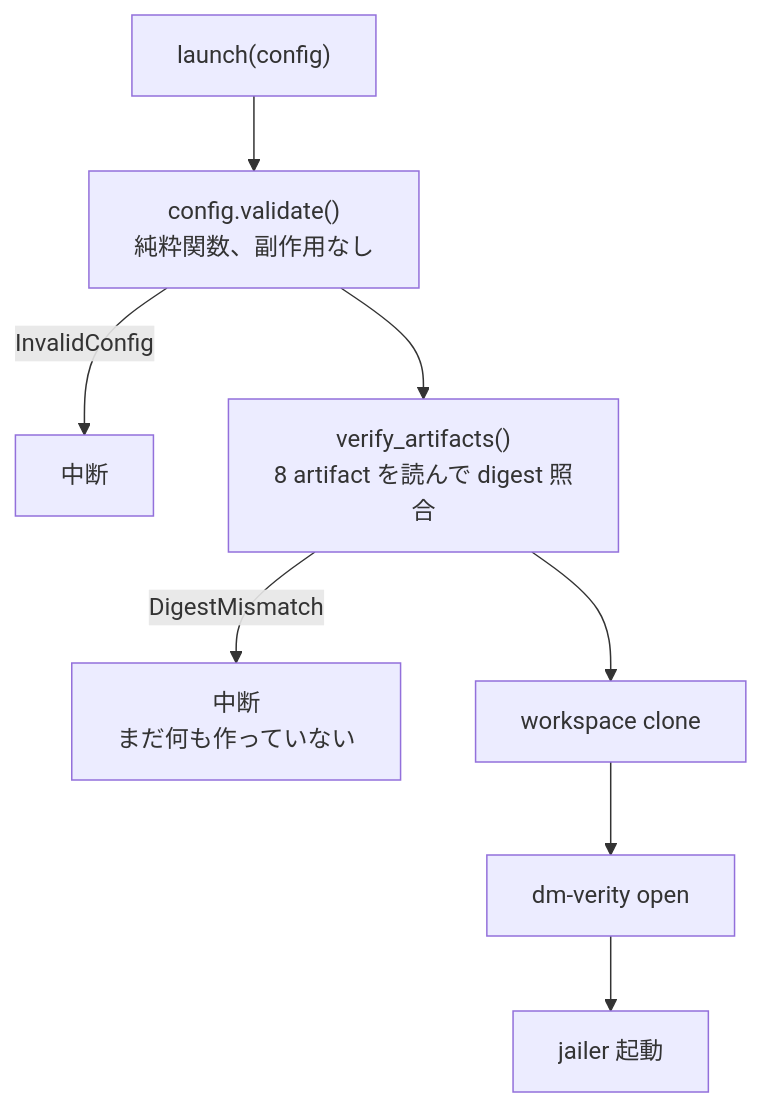
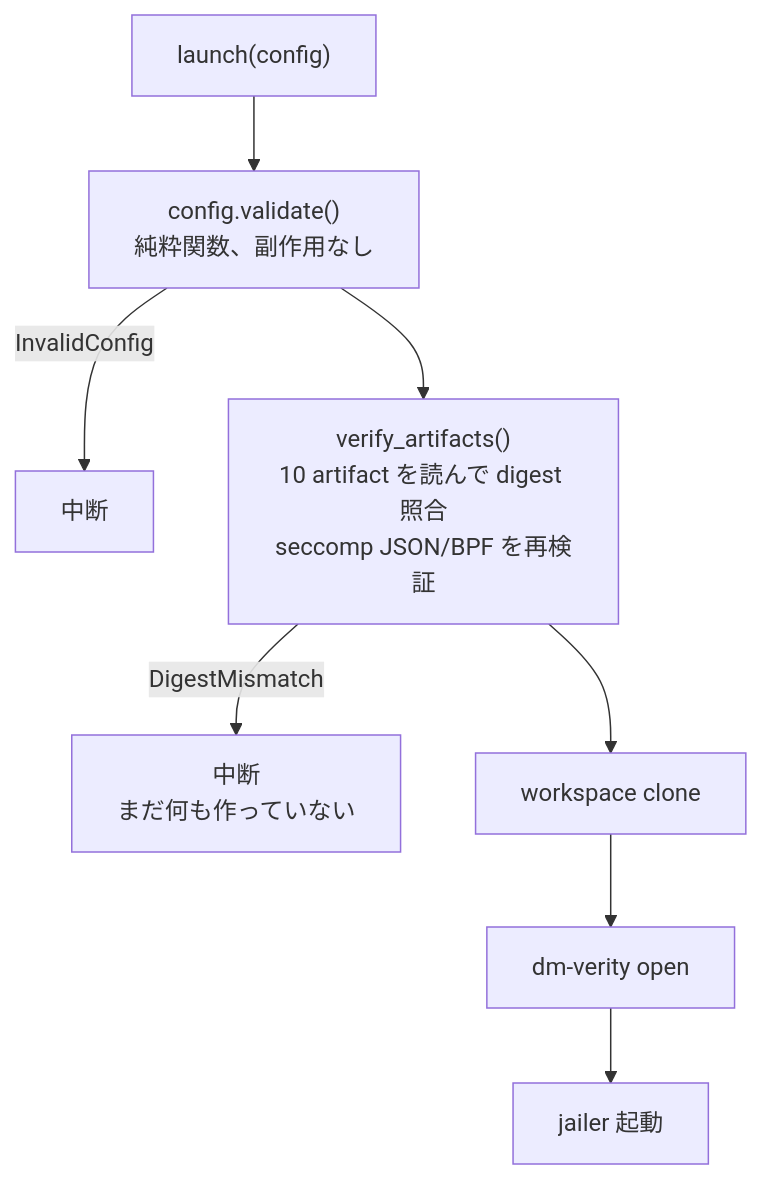
The diagram in docs/firecracker-runtime/pinned-artifacts.md (Aqua-218/SecCamp-AIAgent), drawn with Mermaid before and after one commit. The commit also changed other lines of this file, not shown here.

First line of the commit message:
docs(firecracker-runtime): count ten pinned artifacts

````diff
--- a/docs/firecracker-runtime/pinned-artifacts.md
+++ b/docs/firecracker-runtime/pinned-artifacts.md
@@ -23,10 +23,10 @@
 ```mermaid
 flowchart TB
     start["launch(config)"] --> val["config.validate()<br/>純粋関数、副作用なし"]
     val -->|InvalidConfig| stop1["中断"]
-    val --> ver["verify_artifacts()<br/>8 artifact を読んで digest 照合"]
+    val --> ver["verify_artifacts()<br/>10 artifact を読んで digest 照合<br/>seccomp JSON/BPF を再検証"]
     ver -->|DigestMismatch| stop2["中断<br/>まだ何も作っていない"]
     ver --> clone["workspace clone"]
     clone --> verity["dm-verity open"]
     verity --> jail["jailer 起動"]
 ```
````
